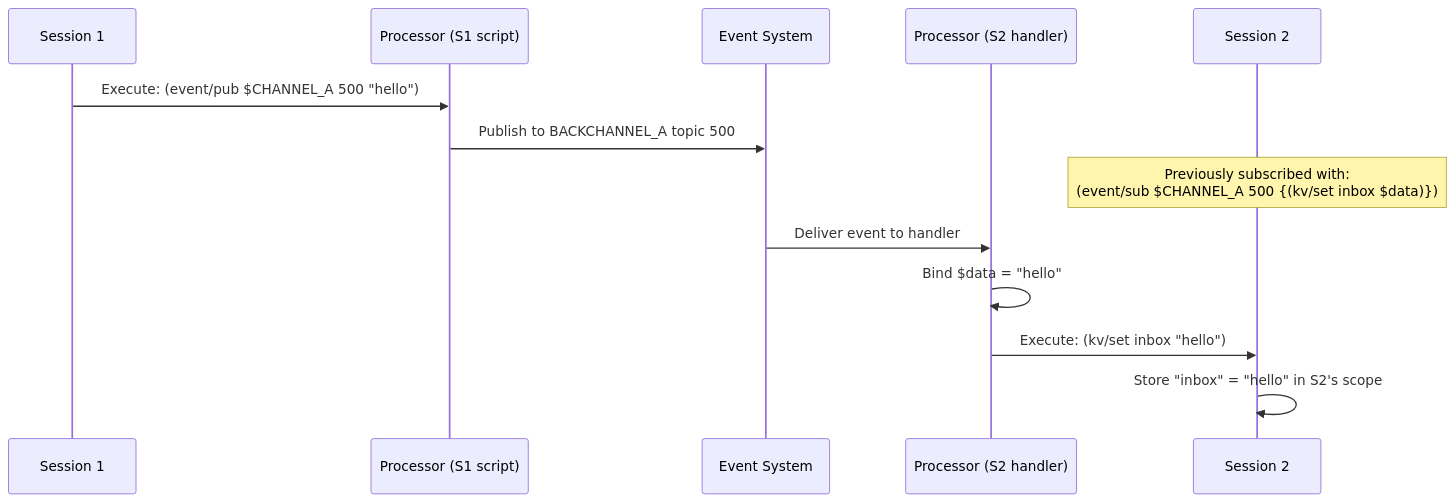
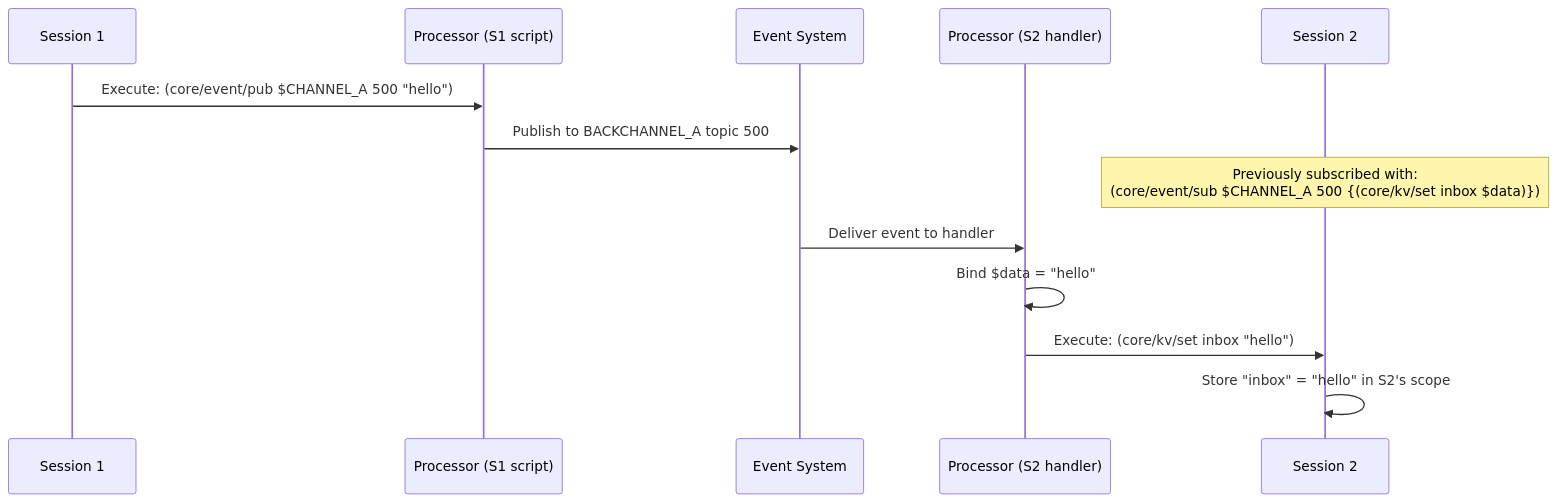
Before and after one commit to bosley/sxs: the sixth of 6 diagrams in pkg/runtime/about.md, drawn with Mermaid. The commit also changed other lines of this file and 17 other files, not shown here.

````diff
--- a/pkg/runtime/about.md
+++ b/pkg/runtime/about.md
@@ -358,18 +363,18 @@
 ```mermaid
 sequenceDiagram
     participant S1 as Session 1
     participant Proc1 as Processor (S1 script)
     participant ES as Event System
     participant Proc2 as Processor (S2 handler)
     participant S2 as Session 2
     
-    S1->>Proc1: Execute: (event/pub $CHANNEL_A 500 "hello")
+    S1->>Proc1: Execute: (core/event/pub $CHANNEL_A 500 "hello")
     Proc1->>ES: Publish to BACKCHANNEL_A topic 500
     
-    Note over S2: Previously subscribed with:<br/>(event/sub $CHANNEL_A 500 {(kv/set inbox $data)})
+    Note over S2: Previously subscribed with:<br/>(core/event/sub $CHANNEL_A 500 {(core/kv/set inbox $data)})
     
     ES->>Proc2: Deliver event to handler
     Proc2->>Proc2: Bind $data = "hello"
-    Proc2->>S2: Execute: (kv/set inbox "hello")
+    Proc2->>S2: Execute: (core/kv/set inbox "hello")
     S2->>S2: Store "inbox" = "hello" in S2's scope
 ```
````
